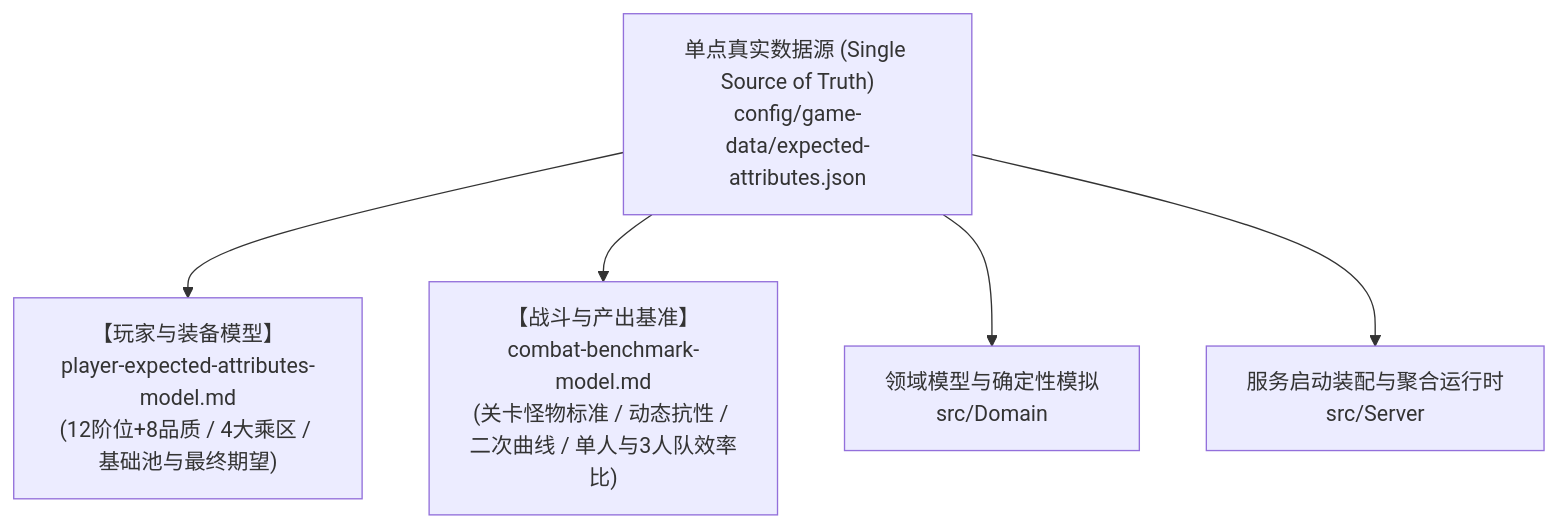
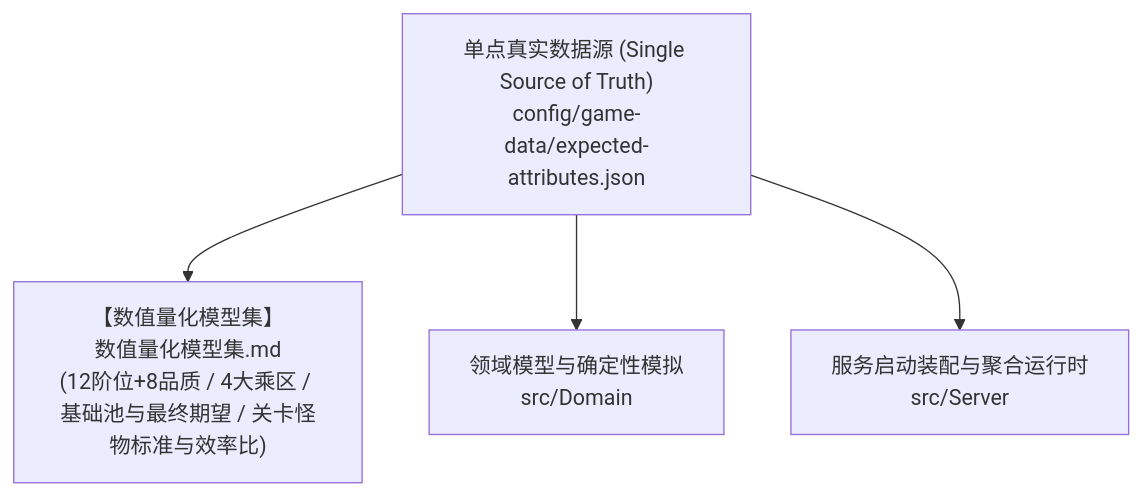
One commit to fruktoguo/daohua changed the diagram in docs/backend/game-data.md. Above: the diagram before and after it, drawn with Mermaid. The commit also changed other lines of this file and 112 other files, not shown here.

````diff
--- a/docs/backend/game-data.md
+++ b/docs/backend/game-data.md
@@ -31,13 +31,12 @@
 ```mermaid
 flowchart TD
     Config["单点真实数据源 (Single Source of Truth)<br>config/game-data/expected-attributes.json"]
     
-    Doc1["【玩家与装备模型】<br>player-expected-attributes-model.md<br>(12阶位+8品质 / 4大乘区 / 基础池与最终期望)"]
-    Doc2["【战斗与产出基准】<br>combat-benchmark-model.md<br>(关卡怪物标准 / 动态抗性 / 二次曲线 / 单人与3人队效率比)"]
+    Doc1["【数值量化模型集】<br>数值量化模型集.md<br>(12阶位+8品质 / 4大乘区 / 基础池与最终期望 / 关卡怪物标准与效率比)"]
     
     Domain["领域模型与确定性模拟<br>src/Domain"]
     Server["服务启动装配与聚合运行时<br>src/Server"]
     
-    Config --> Doc1 & Doc2
+    Config --> Doc1
     Config --> Domain & Server
 ```
````
